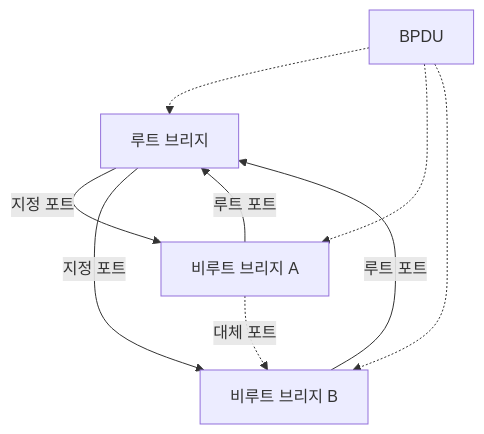
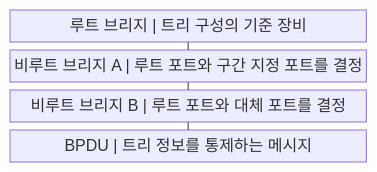
The first of 2 diagrams in src/content/docs/notes/04-network/017_stp_rstp_loop_prevention.md (agnusdei1207/knowledge-base), drawn with Mermaid before and after one commit. The commit also changed other lines of this file and 20 other files, not shown here.

````diff
--- a/src/content/docs/notes/04-network/017_stp_rstp_loop_prevention.md
+++ b/src/content/docs/notes/04-network/017_stp_rstp_loop_prevention.md
@@ -60,14 +60,11 @@
 ```mermaid
-flowchart TB
-    R["루트 브리지"]
-    A["비루트 브리지 A"]
-    B["비루트 브리지 B"]
-    R -->|지정 포트| A
-    R -->|지정 포트| B
-    A -->|루트 포트| R
-    B -->|루트 포트| R
-    A -.->|대체 포트| B
-    P["BPDU"] -.-> R
-    P -.-> A
-    P -.-> B
+block
+    columns 1
+    A["루트 브리지 | 트리 구성의 기준 장비"]
+    B["비루트 브리지 A | 루트 포트와 구간 지정 포트를 결정"]
+    C["비루트 브리지 B | 루트 포트와 대체 포트를 결정"]
+    D["BPDU | 트리 정보를 통제하는 메시지"]
+    A --- B
+    B --- C
+    C --- D
 ```
````
